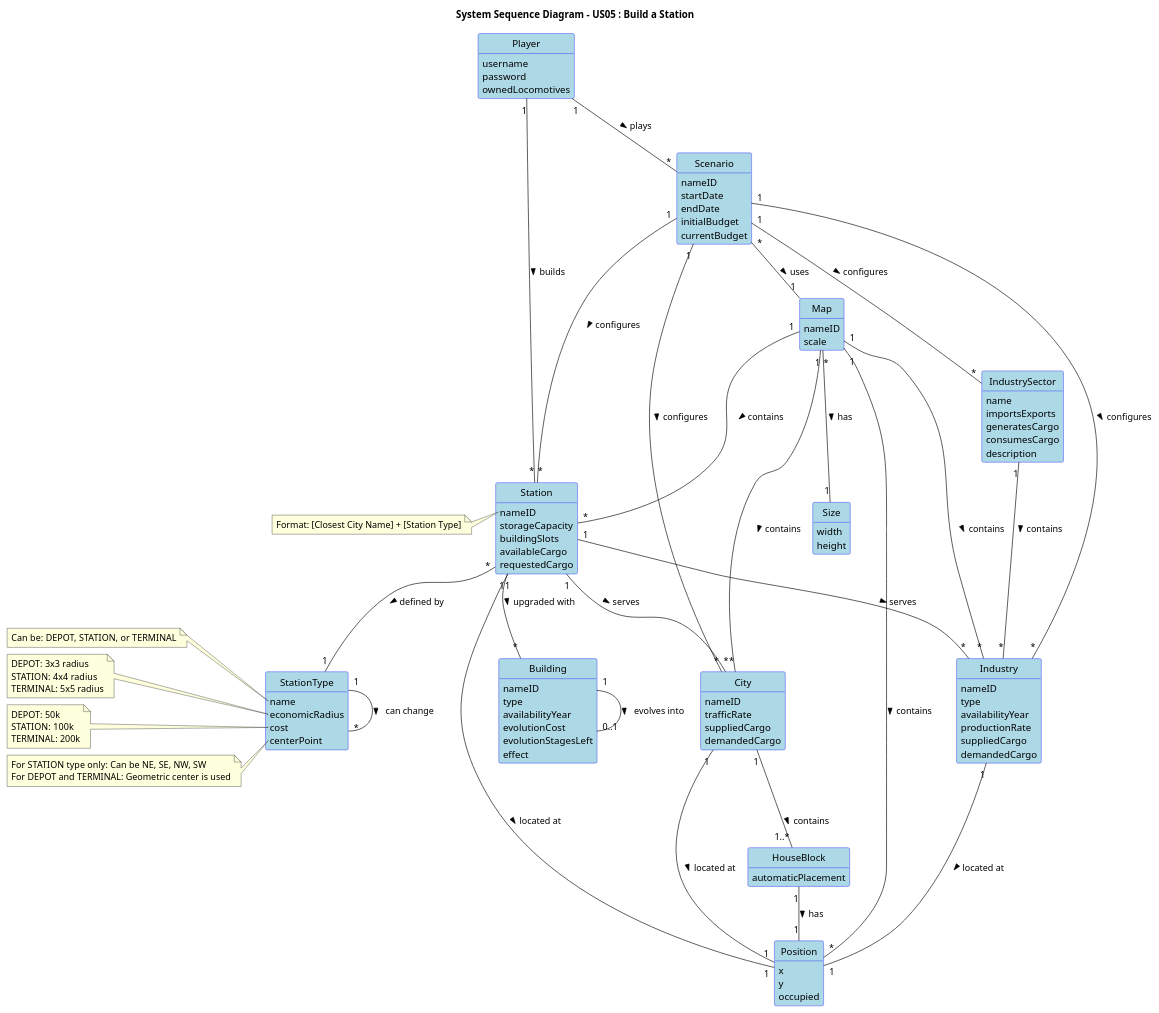
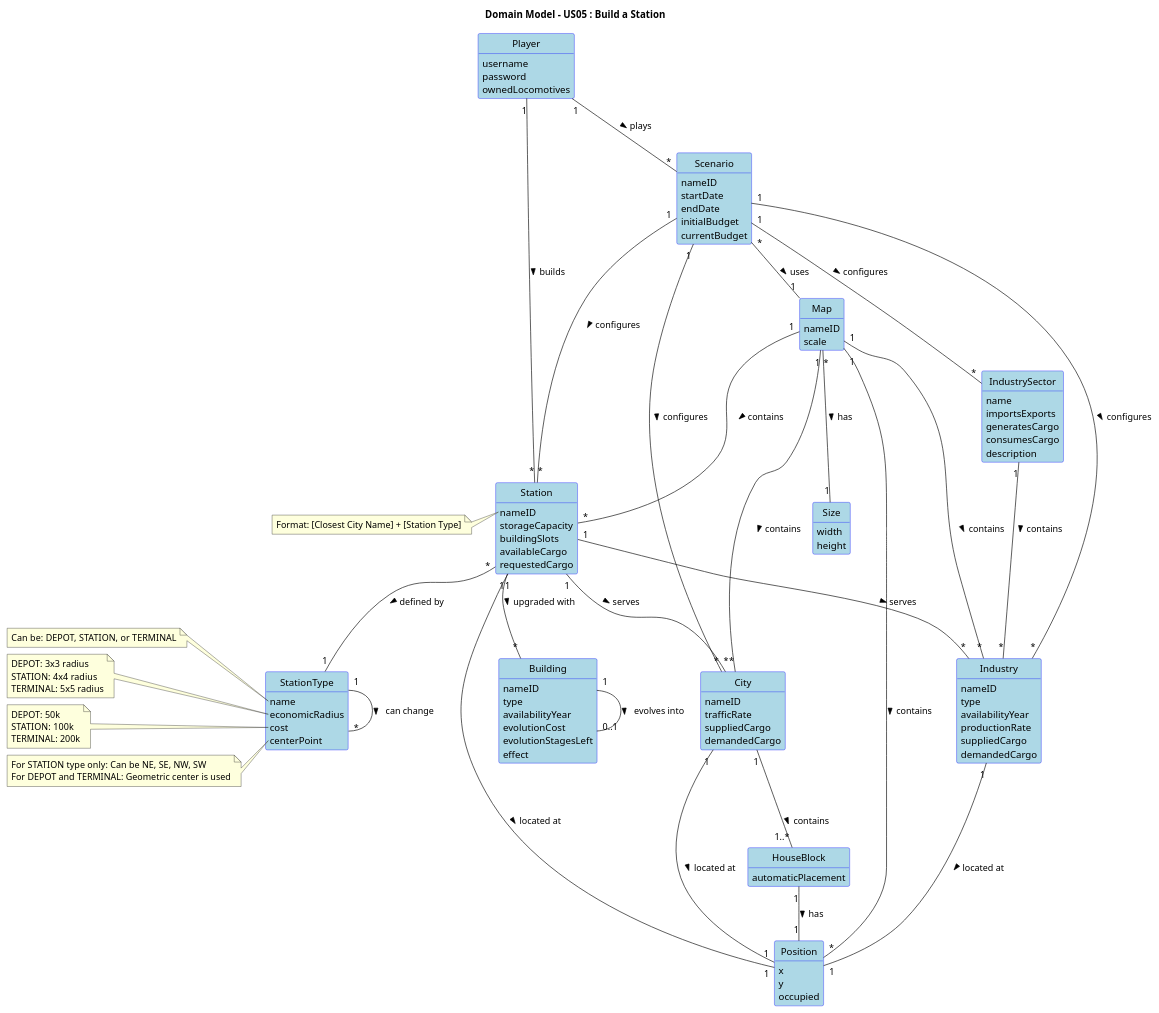
The diagram in docs/system-documentation/Sprint 3/US05/02.analysis/puml/US05-DM.puml (HenriqueSilva18/Railway-Network-Simulator), drawn with PlantUML before and after one commit. The commit also changed 14 other files, not shown here.

```diff
--- a/docs/system-documentation/Sprint 3/US05/02.analysis/puml/US05-DM.puml
+++ b/docs/system-documentation/Sprint 3/US05/02.analysis/puml/US05-DM.puml
@@ -1,149 +1,149 @@
 @startuml
 skinparam shadowing false
 skinparam classAttributeIconSize 0
 skinparam class {
   BackgroundColor LightBlue
   BorderColor Blue
 }
 hide circle
 hide methods
 
-title "System Sequence Diagram - US05 : Build a Station"
+title "Domain Model - US05 : Build a Station"
 
 class Player {
   username
   password
   ownedLocomotives
 }
 
 class Map {
   nameID
   scale
 }
 
 class City {
   nameID
   trafficRate
   suppliedCargo
   demandedCargo
 }
 
 class Industry {
   nameID
   type
   availabilityYear
   productionRate
   suppliedCargo
   demandedCargo
 }
 
 class IndustrySector {
   name
   importsExports
   generatesCargo
   consumesCargo
   description
 }
 
 class Position {
   x
   y
   occupied
 }
 
 class Size {
   width
   height
 }
 
 class Station {
   nameID
   storageCapacity
   buildingSlots
   availableCargo
   requestedCargo
 }
 
 class StationType {
   name
   economicRadius
   cost
   centerPoint
 }
 class Building {
   nameID
   type
   availabilityYear
   evolutionCost
   evolutionStagesLeft
   effect
 }
 
 class HouseBlock {
   automaticPlacement
 }
 
 class Scenario {
   nameID
   startDate
   endDate
   initialBudget
   currentBudget
 }
 
 
 note left of Station::nameID
   Format: [Closest City Name] + [Station Type]
 end note
 
 note left of StationType::name
   Can be: DEPOT, STATION, or TERMINAL
 end note
 
 note left of StationType::economicRadius
   DEPOT: 3x3 radius
   STATION: 4x4 radius
   TERMINAL: 5x5 radius
 end note
 
 note left of StationType::cost
   DEPOT: 50k
   STATION: 100k
   TERMINAL: 200k
 end note
 
 note left of StationType::centerPoint
   For STATION type only: Can be NE, SE, NW, SW
   For DEPOT and TERMINAL: Geometric center is used
 end note
 
 ' Relationships with corrected multiplicities
 Player "1" -- "*" Station : builds >
 City "1" -- "1" Position : located at >
 Industry "1" -- "1" Position : located at >
 Map "1" -- "*" City : contains >
 Map "1" -- "*" Industry : contains >
 Map "1" -- "*" Position : contains >
 Map "1" -- "*" Station : contains >
 Map "*" -- "1" Size : has >
 Station "1" -- "*" City : serves >
 Station "1" -- "*" Industry : serves >
 Station "1" -- "1" Position : located at >
 
 City "1" -- "1..*" HouseBlock : contains >
 HouseBlock "1" -- "1" Position : has >
 
 IndustrySector "1" -- "*" Industry : contains >
 Station "*" -- "1" StationType : defined by >
 
 StationType "1" -- "*" StationType : can change >
 Station "1" -- "*" Building : upgraded with >
 Building "1" -- "0..1" Building : evolves into >
 Scenario "*" -- "1" Map : uses >
 Player "1" -- "*" Scenario : plays >
 Scenario "1" -- "*" Industry : configures >
 Scenario "1" -- "*" IndustrySector : configures >
 Scenario "1" -- "*" Station : configures >
 Scenario "1" -- "*" City : configures >
 
 @enduml
```
